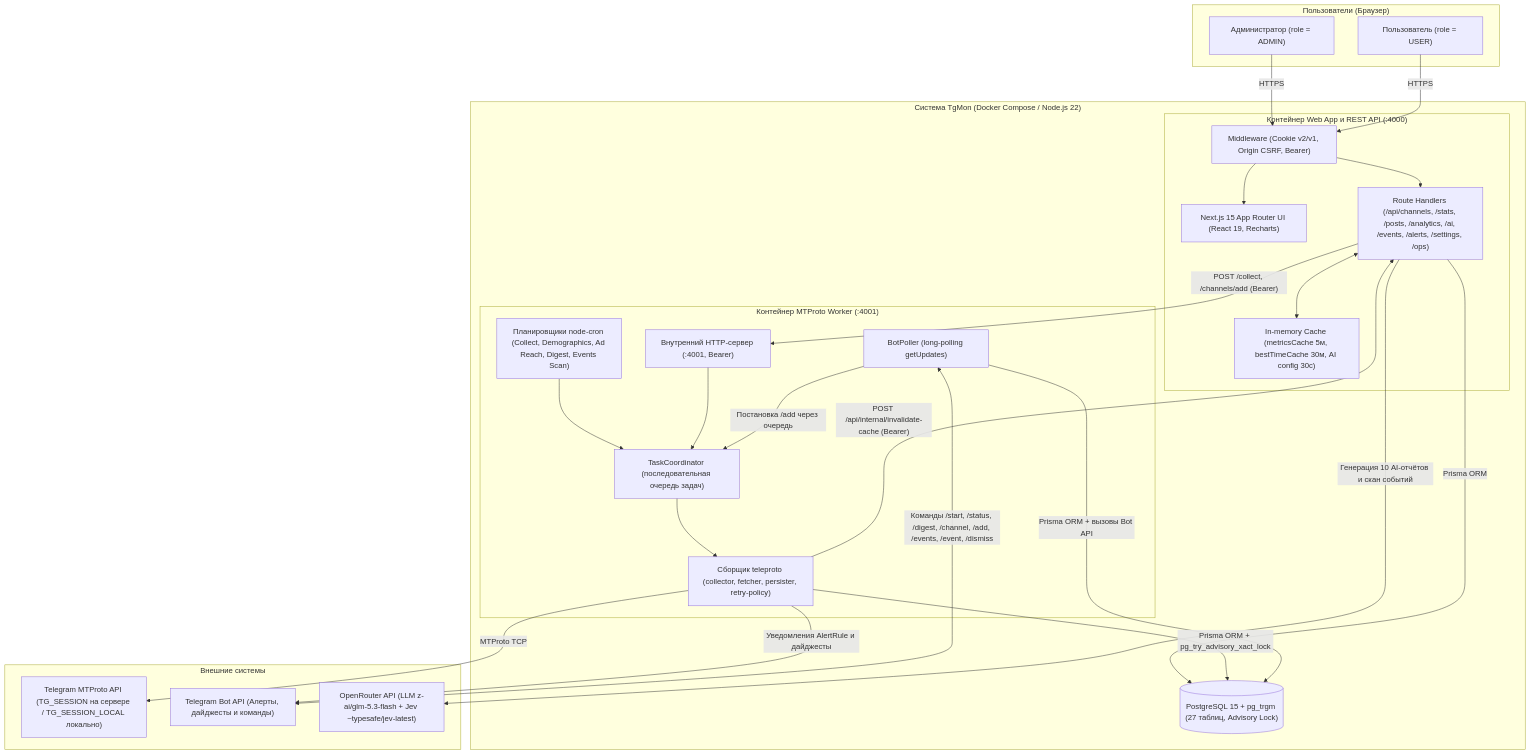
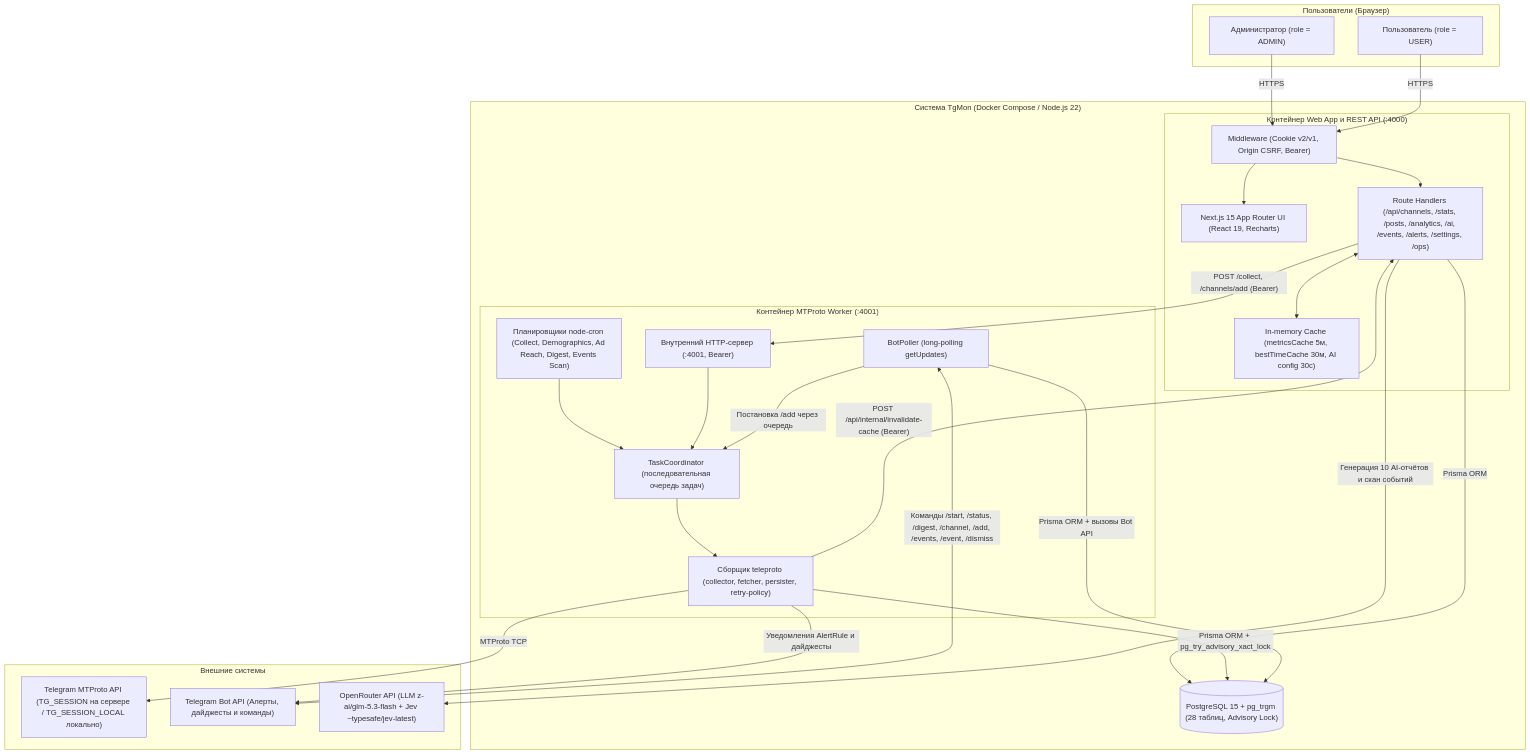
One commit to liquidsyntes/tg_mons changed the first of 9 diagrams in docs/architecture.md. Above: the diagram before and after it, drawn with Mermaid. The commit also changed other lines of this file and 28 other files, not shown here.

````diff
--- a/docs/architecture.md
+++ b/docs/architecture.md
@@ -7,52 +7,52 @@
 ```mermaid
 flowchart TB
     subgraph Users["Пользователи (Браузер)"]
         Admin["Администратор (role = ADMIN)"]
         RegularUser["Пользователь (role = USER)"]
     end
 
     subgraph TgMon["Система TgMon (Docker Compose / Node.js 22)"]
         subgraph WebContainer["Контейнер Web App и REST API (:4000)"]
             MW["Middleware (Cookie v2/v1, Origin CSRF, Bearer)"]
             UI["Next.js 15 App Router UI (React 19, Recharts)"]
             API["Route Handlers (/api/channels, /stats, /posts, /analytics, /ai, /events, /alerts, /settings, /ops)"]
             Cache["In-memory Cache (metricsCache 5м, bestTimeCache 30м, AI config 30с)"]
         end
 
         subgraph WorkerContainer["Контейнер MTProto Worker (:4001)"]
             WServer["Внутренний HTTP-сервер (:4001, Bearer)"]
             Cron["Планировщики node-cron (Collect, Demographics, Ad Reach, Digest, Events Scan)"]
             Poller["BotPoller (long-polling getUpdates)"]
             Coord["TaskCoordinator (последовательная очередь задач)"]
             Collector["Сборщик teleproto (collector, fetcher, persister, retry-policy)"]
         end
 
-        DB[("PostgreSQL 15 + pg_trgm (27 таблиц, Advisory Lock)")]
+        DB[("PostgreSQL 15 + pg_trgm (28 таблиц, Advisory Lock)")]
     end
 
     subgraph External["Внешние системы"]
         TG["Telegram MTProto API (TG_SESSION на сервере / TG_SESSION_LOCAL локально)"]
         Bot["Telegram Bot API (Алерты, дайджесты и команды)"]
         OR["OpenRouter API (LLM z-ai/glm-5.3-flash + Jev ~typesafe/jev-latest)"]
     end
 
     Admin -->|"HTTPS"| MW
     RegularUser -->|"HTTPS"| MW
     MW --> UI
     MW --> API
     API <--> Cache
     API -->|"Prisma ORM"| DB
     API -->|"Генерация 10 AI-отчётов и скан событий"| OR
     API -->|"POST /collect, /channels/add (Bearer)"| WServer
 
     Cron --> Coord
     WServer --> Coord
     Poller -->|"Постановка /add через очередь"| Coord
     Coord --> Collector
     Collector -->|"MTProto TCP"| TG
     Collector -->|"Prisma ORM + pg_try_advisory_xact_lock"| DB
     Poller -->|"Prisma ORM + вызовы Bot API"| DB
     Collector -->|"POST /api/internal/invalidate-cache (Bearer)"| API
     Collector -->|"Уведомления AlertRule и дайджесты"| Bot
     Poller <-->|"Команды /start, /status, /digest, /channel, /add, /events, /event, /dismiss"| Bot
 ```
````
